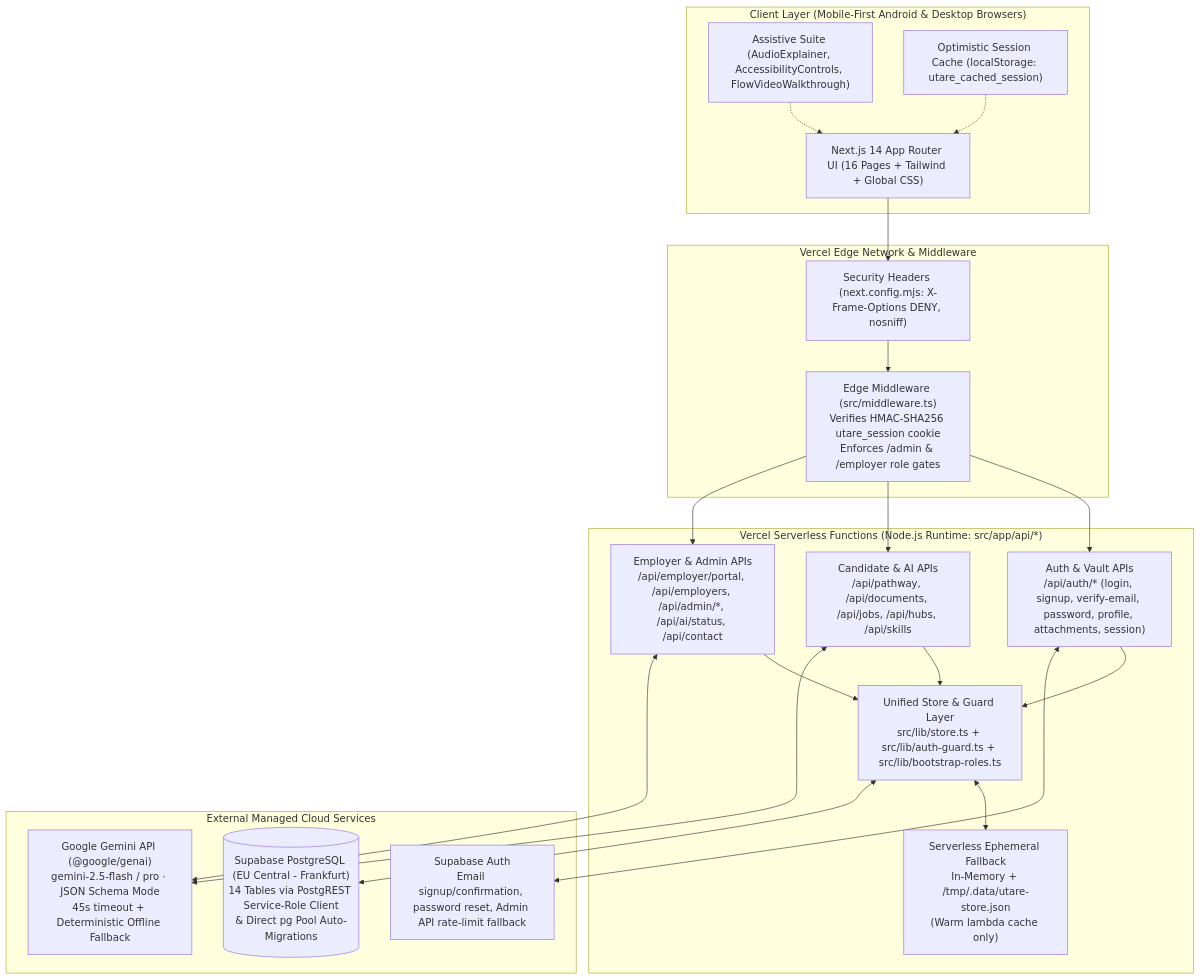
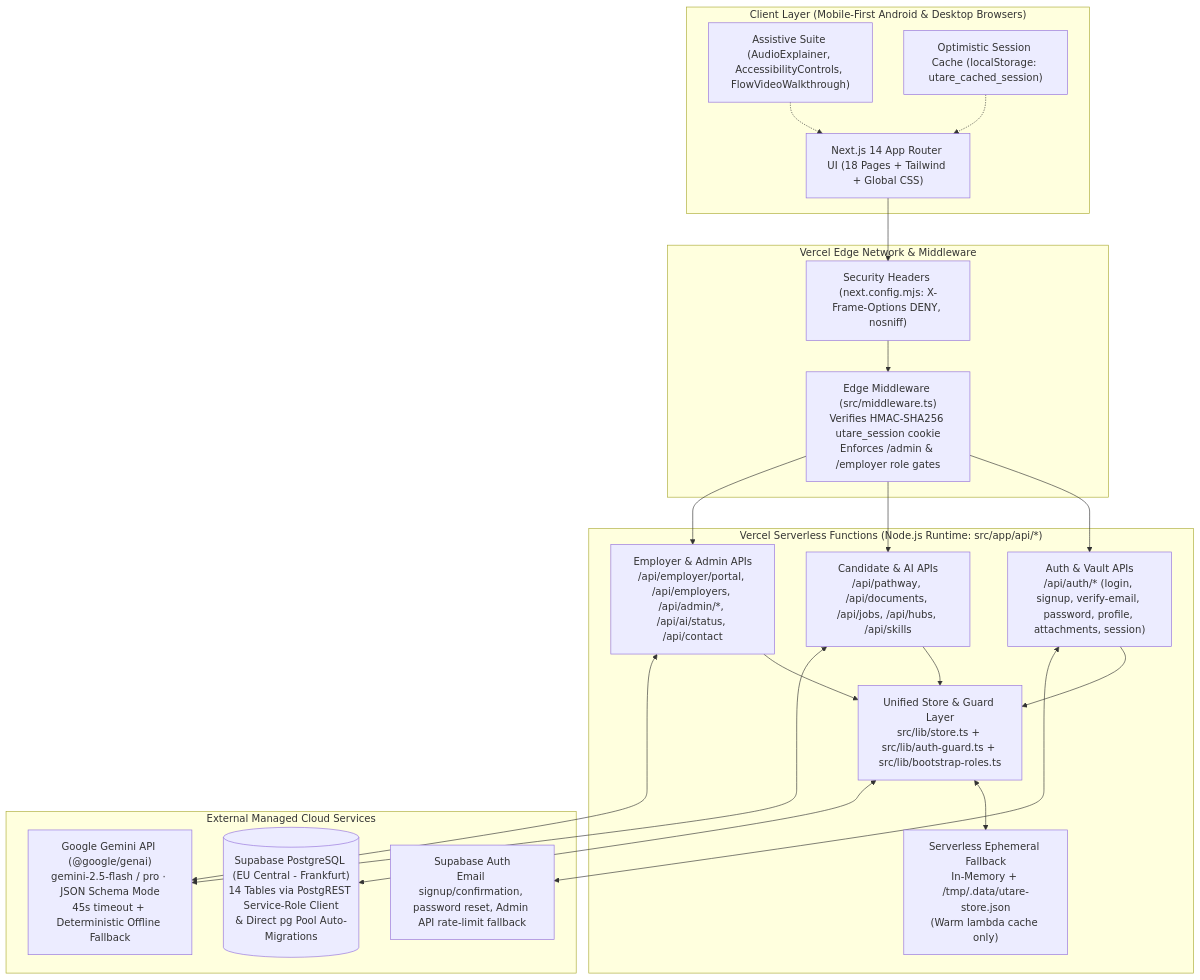
One commit to mangezi64/utare-zisedu-mvp changed the first of 2 diagrams in docs/ARCHITECTURE_AND_TEAM_GUIDE.md. Above: the diagram before and after it, drawn with Mermaid. The commit also changed other lines of this file and 30 other files, not shown here.

````diff
--- a/docs/ARCHITECTURE_AND_TEAM_GUIDE.md
+++ b/docs/ARCHITECTURE_AND_TEAM_GUIDE.md
@@ -9,38 +9,38 @@
 ```mermaid
 flowchart TB
     subgraph Client["Client Layer (Mobile-First Android & Desktop Browsers)"]
-        UI["Next.js 14 App Router UI (16 Pages + Tailwind + Global CSS)"]
+        UI["Next.js 14 App Router UI (18 Pages + Tailwind + Global CSS)"]
         Assistive["Assistive Suite (AudioExplainer, AccessibilityControls, FlowVideoWalkthrough)"]
         LocalCache["Optimistic Session Cache (localStorage: utare_cached_session)"]
     end
 
     subgraph VercelEdge["Vercel Edge Network & Middleware"]
         Headers["Security Headers (next.config.mjs: X-Frame-Options DENY, nosniff)"]
         Middleware["Edge Middleware (src/middleware.ts)\nVerifies HMAC-SHA256 utare_session cookie\nEnforces /admin & /employer role gates"]
     end
 
     subgraph VercelServerless["Vercel Serverless Functions (Node.js Runtime: src/app/api/*)"]
         AuthAPI["Auth & Vault APIs\n/api/auth/* (login, signup, verify-email, password, profile, attachments, session)"]
         CandidateAPI["Candidate & AI APIs\n/api/pathway, /api/documents, /api/jobs, /api/hubs, /api/skills"]
         PortalAPI["Employer & Admin APIs\n/api/employer/portal, /api/employers, /api/admin/*, /api/ai/status, /api/contact"]
         StoreEngine["Unified Store & Guard Layer\nsrc/lib/store.ts + src/lib/auth-guard.ts + src/lib/bootstrap-roles.ts"]
         FallbackTmp["Serverless Ephemeral Fallback\nIn-Memory + /tmp/.data/utare-store.json\n(Warm lambda cache only)"]
     end
 
     subgraph CloudServices["External Managed Cloud Services"]
         SupabaseAuth["Supabase Auth\nEmail signup/confirmation, password reset, Admin API rate-limit fallback"]
         SupabaseDB[("Supabase PostgreSQL (EU Central - Frankfurt)\n14 Tables via PostgREST Service-Role Client\n& Direct pg Pool Auto-Migrations")]
         GeminiAPI["Google Gemini API (@google/genai)\ngemini-2.5-flash / pro · JSON Schema Mode\n45s timeout + Deterministic Offline Fallback"]
     end
 
     UI --> Headers --> Middleware
     Assistive -.-> UI
     LocalCache -.-> UI
     Middleware --> AuthAPI & CandidateAPI & PortalAPI
     AuthAPI & CandidateAPI & PortalAPI --> StoreEngine
     StoreEngine <--> FallbackTmp
     AuthAPI <--> SupabaseAuth
     StoreEngine <--> SupabaseDB
     CandidateAPI <--> GeminiAPI
     PortalAPI <--> GeminiAPI
 ```
````
